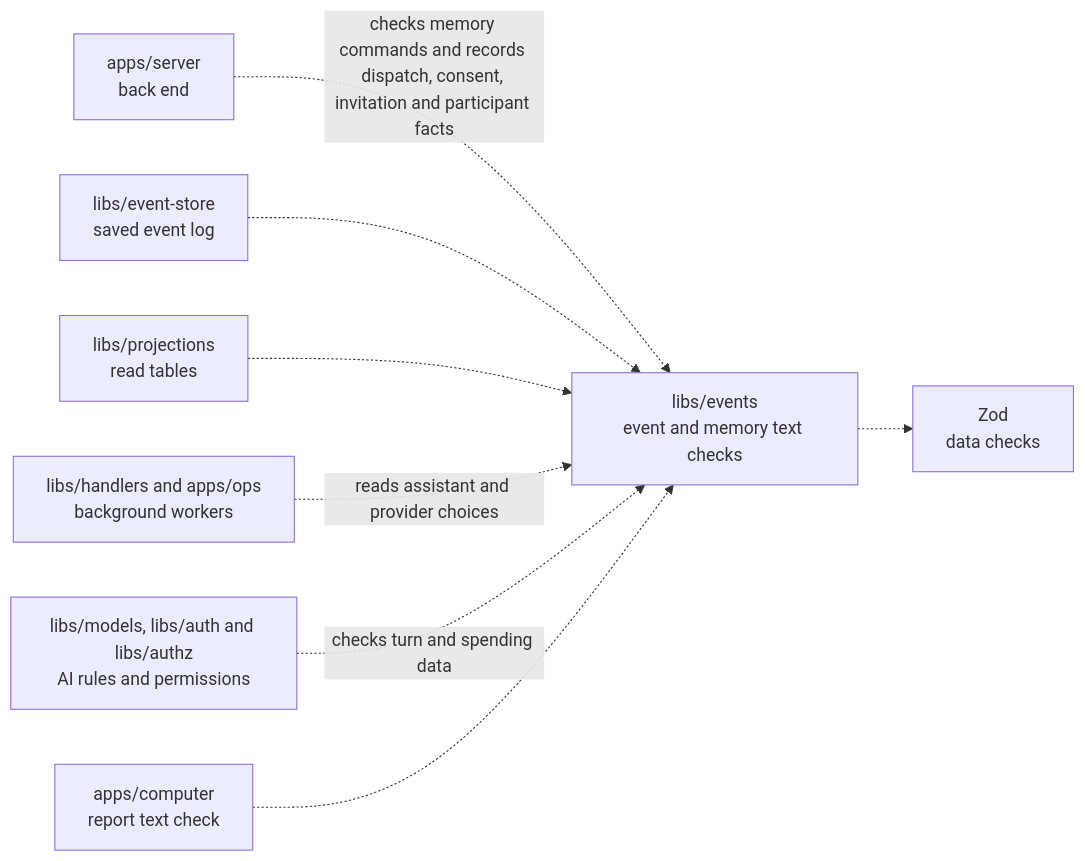
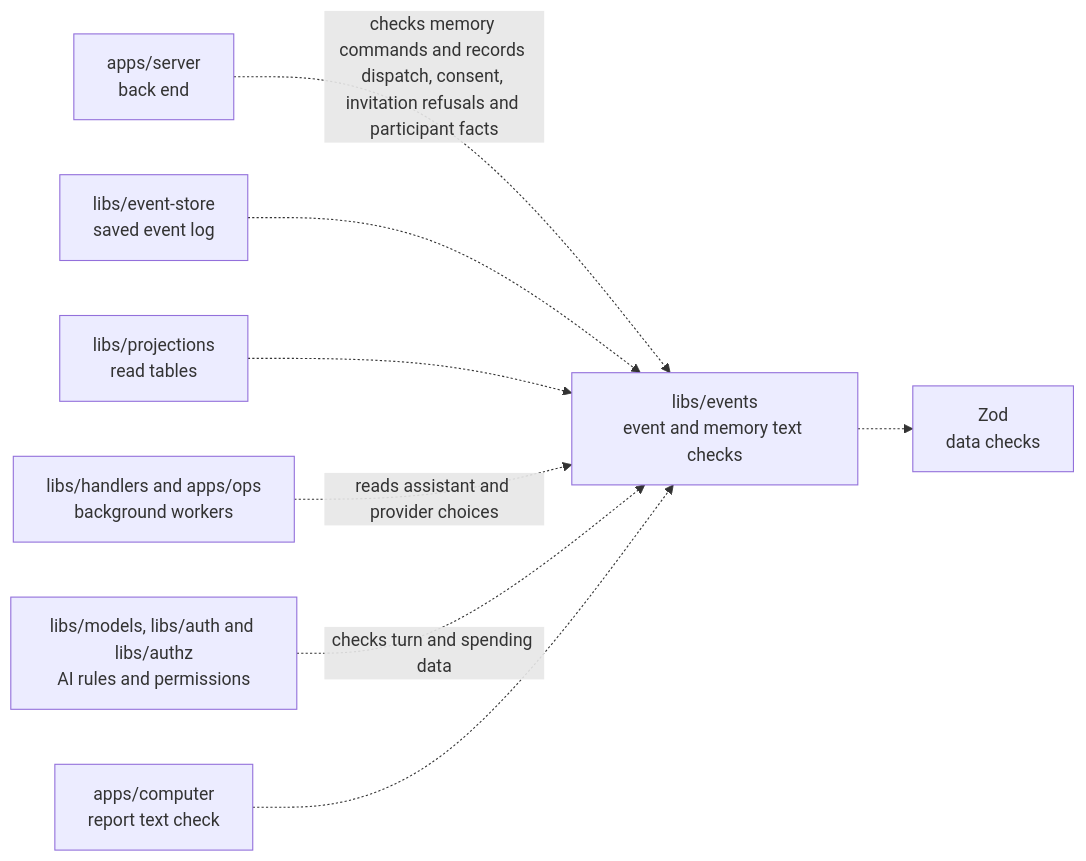
The diagram in libs/events/README.md (elewa-git/opencrane-new), drawn with Mermaid before and after one commit. The commit also changed other lines of this file and 25 other files, not shown here.

````diff
--- a/libs/events/README.md
+++ b/libs/events/README.md
@@ -23,10 +23,10 @@
 ```mermaid
 flowchart LR
-  server["apps/server<br/>back end"] -.->|checks memory commands and records dispatch, consent, invitation and participant facts| events["libs/events<br/>event and memory text checks"]
+  server["apps/server<br/>back end"] -.->|checks memory commands and records dispatch, consent, invitation refusals and participant facts| events["libs/events<br/>event and memory text checks"]
   store["libs/event-store<br/>saved event log"] -.-> events
   projections["libs/projections<br/>read tables"] -.-> events
   workers["libs/handlers and apps/ops<br/>background workers"] -.->|reads assistant and provider choices| events
   others["libs/models, libs/auth and libs/authz<br/>AI rules and permissions"] -.->|checks turn and spending data| events
   computer["apps/computer<br/>report text check"] -.-> events
   events -.-> zod["Zod<br/>data checks"]
 ```
````
